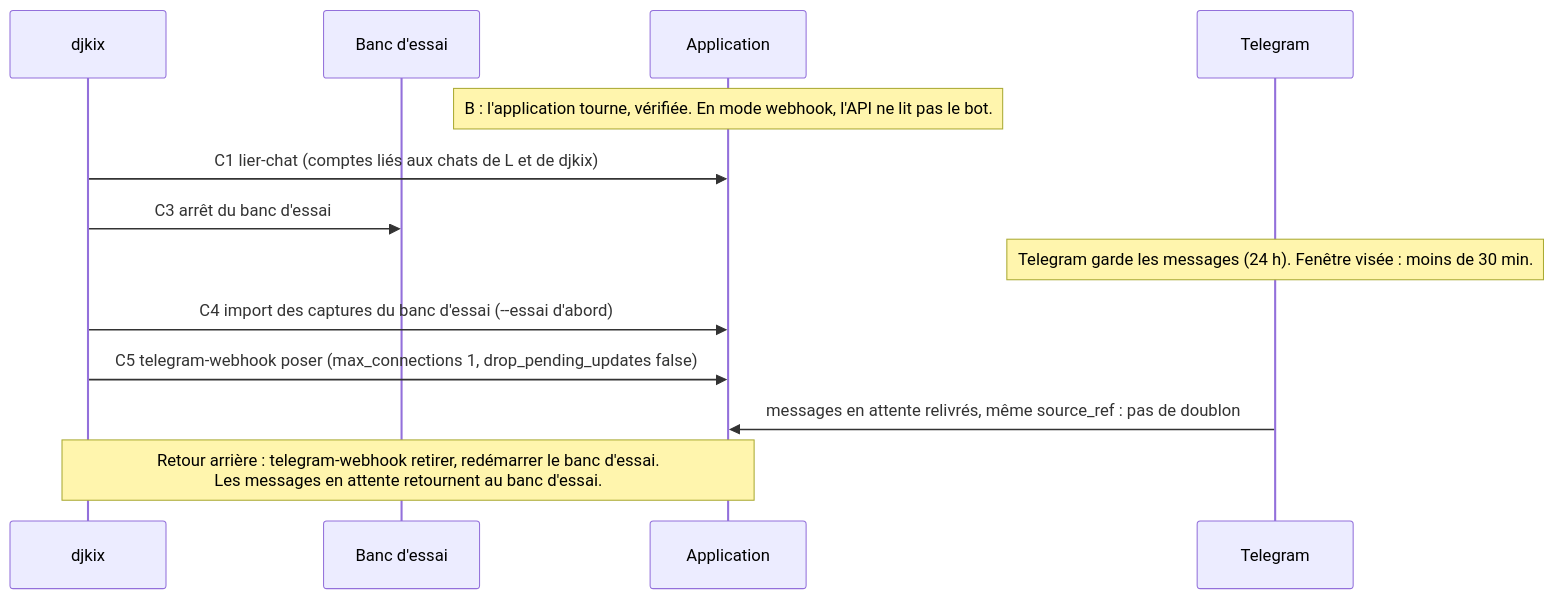
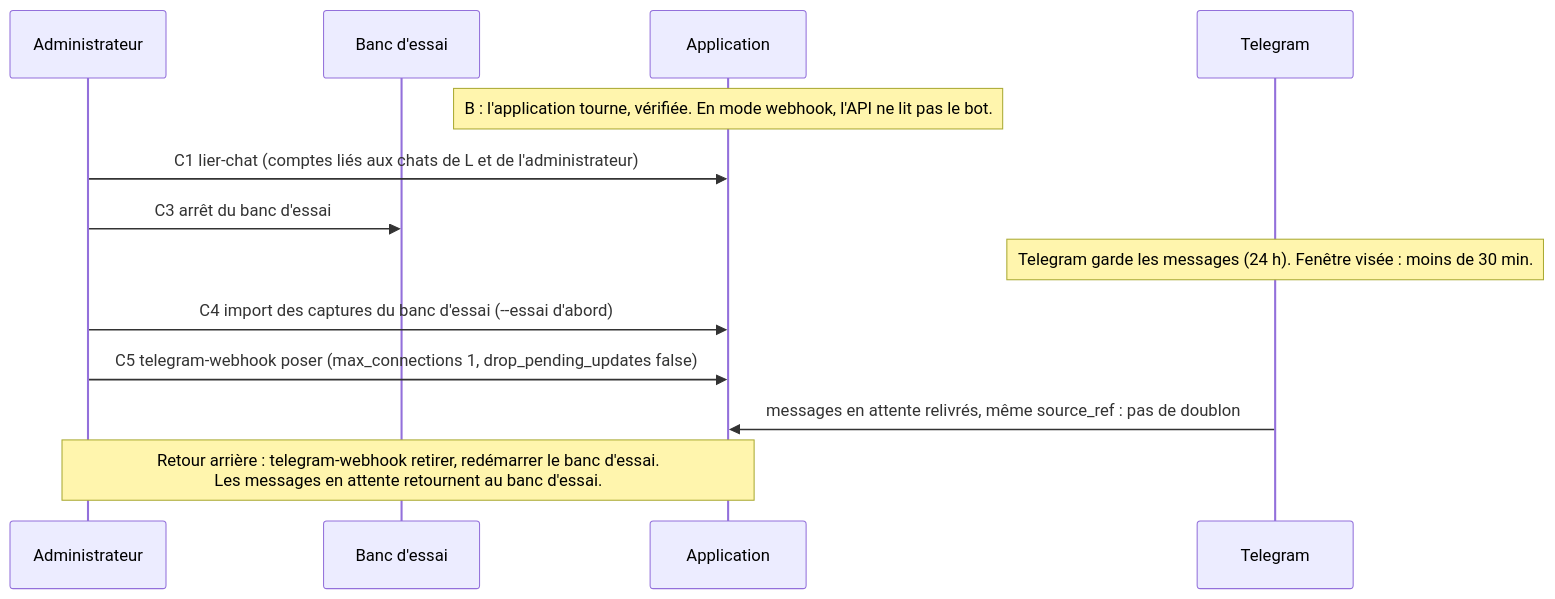
Before and after one commit to djkix/organizer: the second of 2 diagrams in docs/revue/2026-10-05-lot1-c.md, drawn with Mermaid. The commit also changed other lines of this file and 22 other files, not shown here.

````diff
--- a/docs/revue/2026-10-05-lot1-c.md
+++ b/docs/revue/2026-10-05-lot1-c.md
@@ -159,16 +159,16 @@
 ```mermaid
 sequenceDiagram
-    participant F as djkix
+    participant F as Administrateur
     participant BE as Banc d'essai
     participant APP as Application
     participant TG as Telegram
 
     Note over APP: B : l'application tourne, vérifiée. En mode webhook, l'API ne lit pas le bot.
-    F->>APP: C1 lier-chat (comptes liés aux chats de L et de djkix)
+    F->>APP: C1 lier-chat (comptes liés aux chats de L et de l'administrateur)
     F->>BE: C3 arrêt du banc d'essai
     Note over TG: Telegram garde les messages (24 h). Fenêtre visée : moins de 30 min.
     F->>APP: C4 import des captures du banc d'essai (--essai d'abord)
     F->>APP: C5 telegram-webhook poser (max_connections 1, drop_pending_updates false)
     TG->>APP: messages en attente relivrés, même source_ref : pas de doublon
     Note over F,APP: Retour arrière : telegram-webhook retirer, redémarrer le banc d'essai.<br/>Les messages en attente retournent au banc d'essai.
 ```
````
